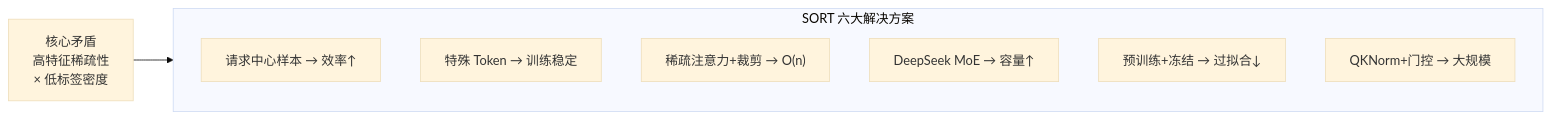
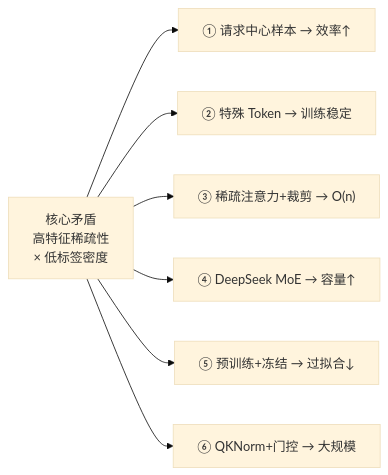
The second of 5 diagrams in content/blog/posts/011_sort_paper_review/index.md (bansheng/bansheng.github.io), drawn with Mermaid (base theme) before and after one commit. The commit also changed other lines of this file and 160 other files, not shown here.

```diff
--- a/content/blog/posts/011_sort_paper_review/index.md
+++ b/content/blog/posts/011_sort_paper_review/index.md
@@ -92,14 +76,17 @@
 {{< mermaid >}}
 graph LR
-    Problem["核心矛盾<br/>高特征稀疏性<br/>× 低标签密度"] --> Solutions
+    Problem["核心矛盾<br/>高特征稀疏性<br/>× 低标签密度"]
+    S1["① 请求中心样本 → 效率↑"]
+    S2["② 特殊 Token → 训练稳定"]
+    S3["③ 稀疏注意力+裁剪 → O(n)"]
+    S4["④ DeepSeek MoE → 容量↑"]
+    S5["⑤ 预训练+冻结 → 过拟合↓"]
+    S6["⑥ QKNorm+门控 → 大规模"]
 
-    subgraph Solutions ["SORT 六大解决方案"]
-        direction TB
-        S1["请求中心样本 → 效率↑"]
-        S2["特殊 Token → 训练稳定"]
-        S3["稀疏注意力+裁剪 → O(n)"]
-        S4["DeepSeek MoE → 容量↑"]
-        S5["预训练+冻结 → 过拟合↓"]
-        S6["QKNorm+门控 → 大规模"]
-    end
+    Problem --> S1
+    Problem --> S2
+    Problem --> S3
+    Problem --> S4
+    Problem --> S5
+    Problem --> S6
 {{< /mermaid >}}
```
